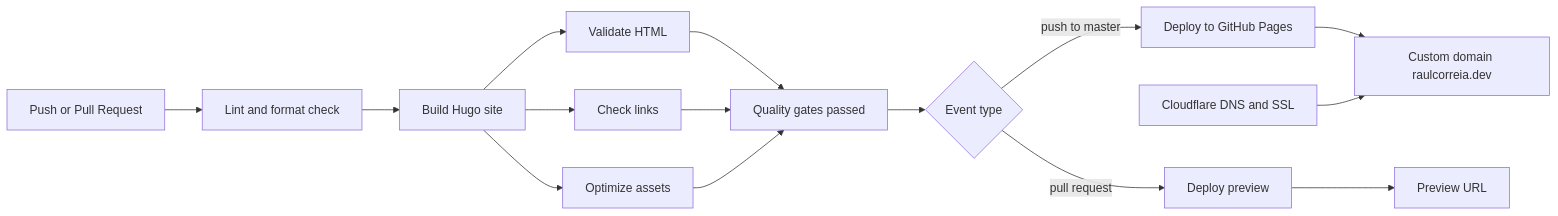
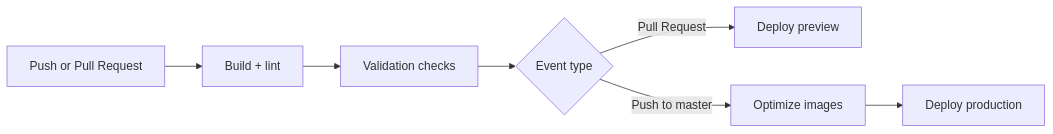
One commit to raulcorreia7/blog changed the second of 2 diagrams in content/posts/revamping-my-blog/index.md. Above: the diagram before and after it, drawn with Mermaid. The commit also changed other lines of this file and 5 other files, not shown here.

```diff
--- a/content/posts/revamping-my-blog/index.md
+++ b/content/posts/revamping-my-blog/index.md
@@ -47,20 +47,9 @@
 {{< mermaid >}}
 flowchart LR
-A[Push or Pull Request] --> B[Lint and format check]
-B --> C[Build Hugo site]
-C --> D[Validate HTML]
-C --> E[Check links]
-C --> F[Optimize assets]
-
-D --> G[Quality gates passed]
-E --> G
-F --> G
-
-G --> H{Event type}
-H -->|push to master| I[Deploy to GitHub Pages]
-H -->|pull request| J[Deploy preview]
-
-I --> K[Custom domain raulcorreia.dev]
-L[Cloudflare DNS and SSL] --> K
-J --> M[Preview URL]
+A[Push or Pull Request] --> B[Build + lint]
+B --> C[Validation checks]
+C --> D{Event type}
+D -->|Pull Request| E[Deploy preview]
+D -->|Push to master| F[Optimize images]
+F --> G[Deploy production]
 {{< /mermaid >}}
```
